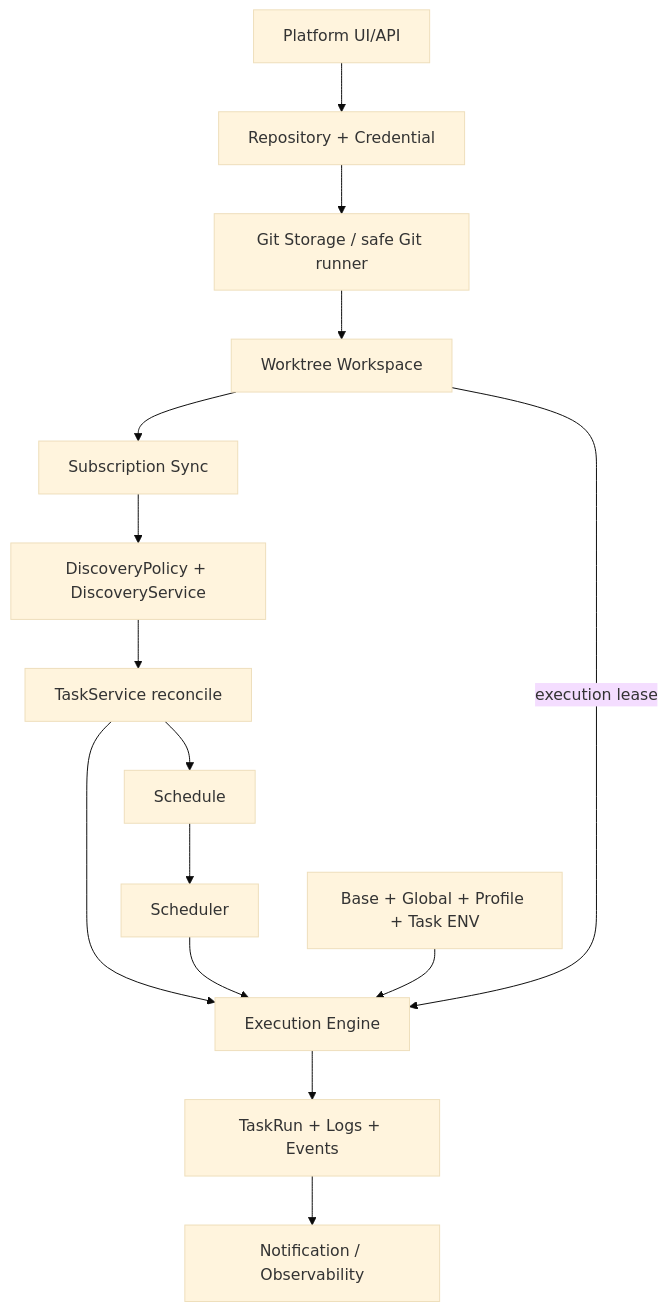
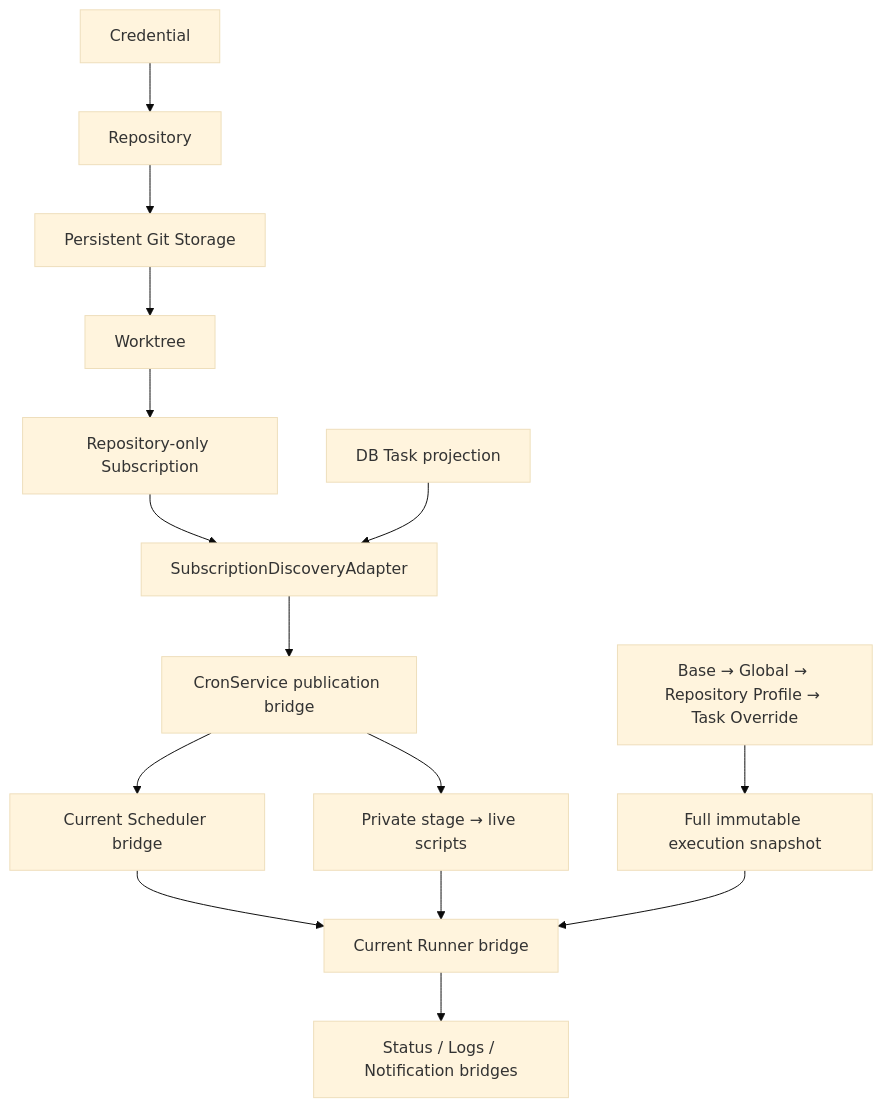
One commit to anysoft/qinglong changed the diagram in docs/architecture/00-platform-overview.md. Above: the diagram before and after it, drawn with Mermaid (base theme). The commit also changed other lines of this file and 280 other files, not shown here.

````diff
--- a/docs/architecture/00-platform-overview.md
+++ b/docs/architecture/00-platform-overview.md
@@ -7,17 +7,17 @@
 ```mermaid
 flowchart TD
- UI[Platform UI/API] --> R[Repository + Credential]
- R --> G[Git Storage / safe Git runner]
- G --> W[Worktree Workspace]
- W --> S[Subscription Sync]
- S --> D[DiscoveryPolicy + DiscoveryService]
- D --> T[TaskService reconcile]
- T --> SC[Schedule]
- SC --> Q[Scheduler]
- T --> E[Execution Engine]
- Q --> E
- V[Base + Global + Profile + Task ENV] --> E
- W -->|execution lease| E
- E --> RUN[TaskRun + Logs + Events]
- RUN --> N[Notification / Observability]
+ C[Credential] --> R[Repository]
+ R --> G[Persistent Git Storage]
+ G --> W[Worktree]
+ W --> S[Repository-only Subscription]
+ S --> D[SubscriptionDiscoveryAdapter]
+ DB[DB Task projection] --> D
+ D --> P[CronService publication bridge]
+ P --> ST[Private stage → live scripts]
+ P --> SC[Current Scheduler bridge]
+ SC --> RUN[Current Runner bridge]
+ ST --> RUN
+ ENV[Base → Global → Repository Profile → Task Override] --> SN[Full immutable execution snapshot]
+ SN --> RUN
+ RUN --> LOG[Status / Logs / Notification bridges]
 ```
````
